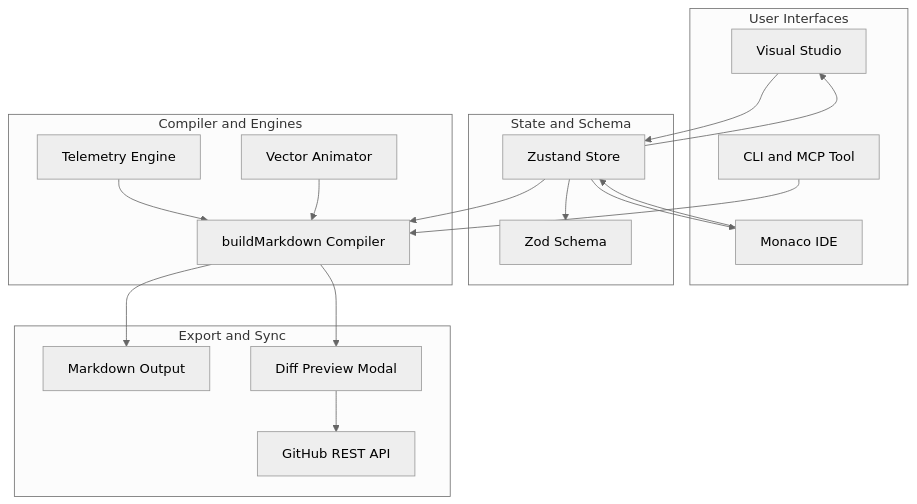
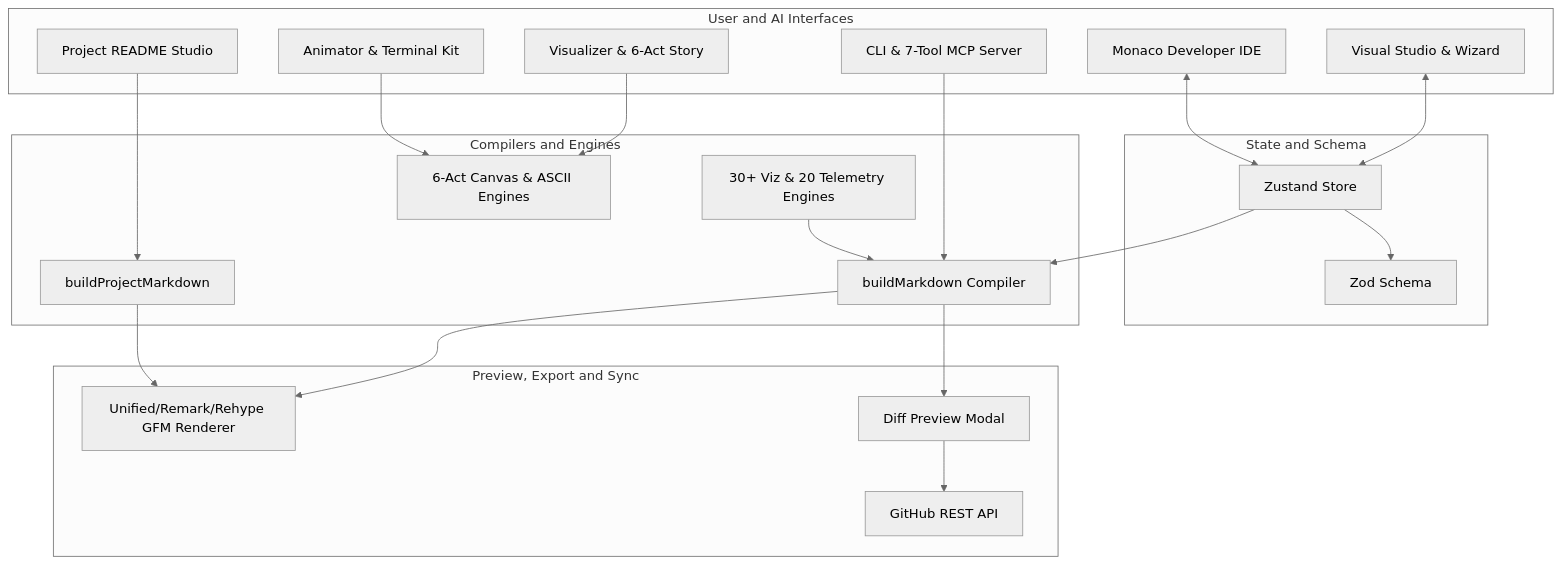
One commit to yuvraj-thakur-exe/MONOFORGE changed the second of 2 diagrams in README.md. Above: the diagram before and after it, drawn with Mermaid (neutral theme). The commit also changed other lines of this file and 21 other files, not shown here.

Commit message:
feat(ai): upgrade interactive README, 7-tool MCP server, Claude slash commands, docs & test suite

````diff
--- a/README.md
+++ b/README.md
@@ -468,38 +710,38 @@
 ```mermaid
 flowchart TD
-    subgraph UI[User Interfaces]
-        W[Visual Studio]
-        M[Monaco IDE]
-        C[CLI and MCP Tool]
+    subgraph UI[User and AI Interfaces]
+        W[Visual Studio & Wizard]
+        M[Monaco Developer IDE]
+        PR[Project README Studio]
+        V[Visualizer & 6-Act Story]
+        A[Animator & Terminal Kit]
+        C[CLI & 7-Tool MCP Server]
     end
 
     subgraph State[State and Schema]
         S[Zustand Store]
         Z[Zod Schema]
     end
 
-    subgraph Core[Compiler and Engines]
+    subgraph Core[Compilers and Engines]
         B[buildMarkdown Compiler]
-        T[Telemetry Engine]
-        V[Vector Animator]
+        PB[buildProjectMarkdown]
+        T[30+ Viz & 20 Telemetry Engines]
+        CS[6-Act Canvas & ASCII Engines]
     end
 
-    subgraph Output[Export and Sync]
-        MD[Markdown Output]
+    subgraph Output[Preview, Export and Sync]
+        MD[Unified/Remark/Rehype GFM Renderer]
         DP[Diff Preview Modal]
         GH[GitHub REST API]
     end
 
-    W --> S
-    S --> W
-    M --> S
-    S --> M
-    C --> B
+    W & M <--> S
     S --> Z
     S --> B
-    T --> B
-    V --> B
-    B --> MD
-    B --> DP
-    DP --> GH
+    C & T --> B
+    PR --> PB
+    V & A --> CS
+    B & PB --> MD
+    B --> DP --> GH
 ```
````
